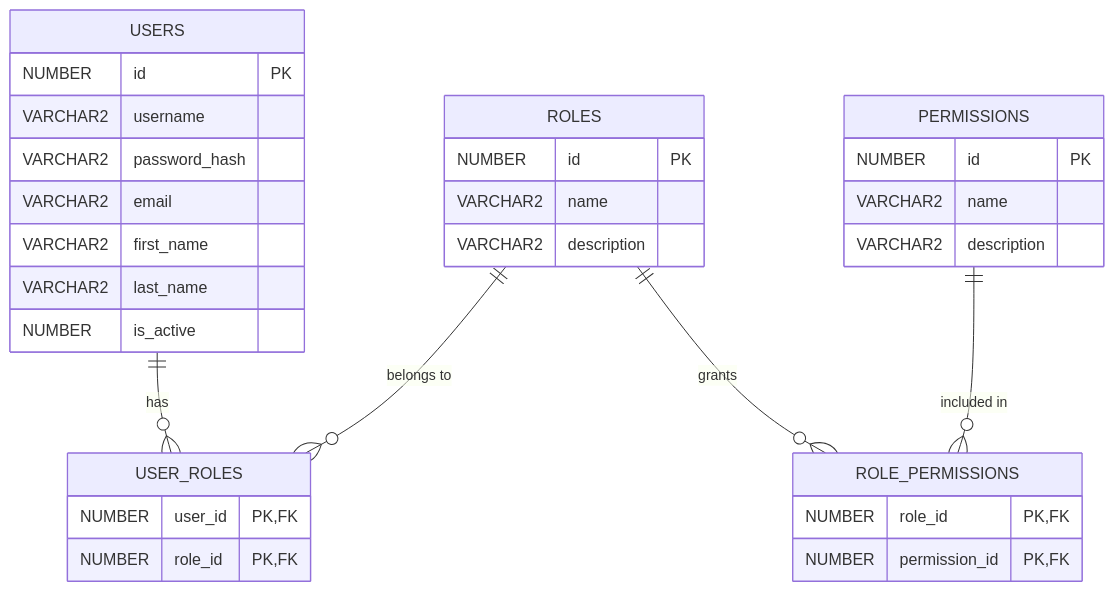
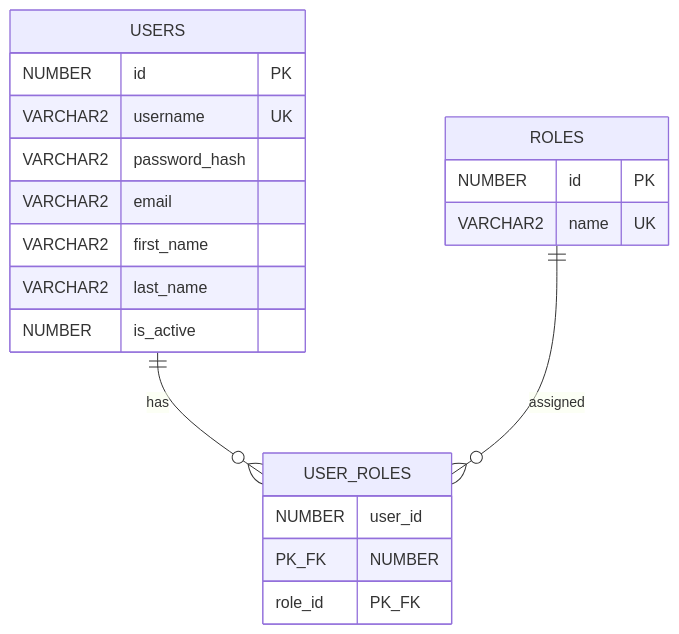
Before and after one commit to kirtika-0102/StockSmart: the first of 9 diagrams in docs/database.md, drawn with Mermaid. The commit also changed other lines of this file and 74 other files, not shown here.

Commit message:
architecture of application

````diff
--- a/docs/database.md
+++ b/docs/database.md
@@ -21,35 +24,23 @@
 ```mermaid
 erDiagram
-    USERS ||--o{ USER_ROLES : "has"
-    ROLES ||--o{ USER_ROLES : "belongs to"
-    ROLES ||--o{ ROLE_PERMISSIONS : "grants"
-    PERMISSIONS ||--o{ ROLE_PERMISSIONS : "included in"
+    USERS ||--o{ USER_ROLES : has
+    ROLES ||--o{ USER_ROLES : assigned
 
     USERS {
         NUMBER id PK
-        VARCHAR2 username
+        VARCHAR2 username UK
         VARCHAR2 password_hash
         VARCHAR2 email
         VARCHAR2 first_name
         VARCHAR2 last_name
         NUMBER is_active
     }
     ROLES {
         NUMBER id PK
-        VARCHAR2 name
-        VARCHAR2 description
-    }
-    PERMISSIONS {
-        NUMBER id PK
-        VARCHAR2 name
-        VARCHAR2 description
+        VARCHAR2 name UK
     }
     USER_ROLES {
-        NUMBER user_id PK, FK
-        NUMBER role_id PK, FK
-    }
-    ROLE_PERMISSIONS {
-        NUMBER role_id PK, FK
-        NUMBER permission_id PK, FK
+        NUMBER user_id PK_FK
+        NUMBER role_id PK_FK
     }
 ```
````
